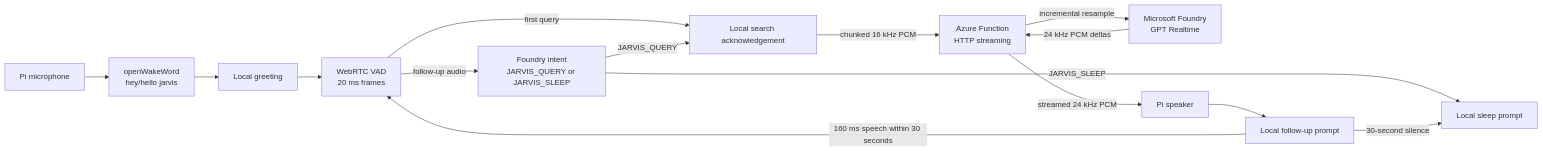
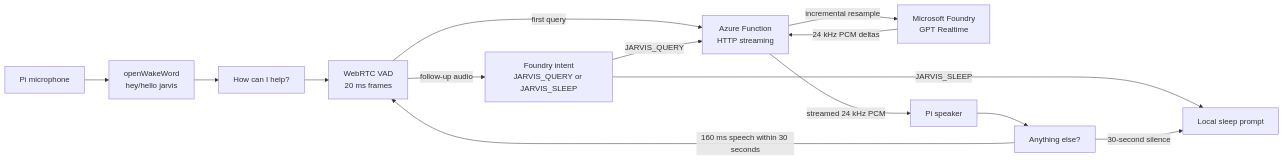
The diagram in _src/docs/architecture.md (khanasif1/jarvis-home-automation), drawn with Mermaid before and after one commit. The commit also changed other lines of this file and 16 other files, not shown here.

````diff
--- a/_src/docs/architecture.md
+++ b/_src/docs/architecture.md
@@ -5,17 +5,16 @@
 ```mermaid
 flowchart LR
     Mic[Pi microphone] --> Wake[openWakeWord<br/>hey/hello jarvis]
-    Wake --> Greet[Local greeting]
+    Wake --> Greet[How can I help?]
     Greet --> VAD[WebRTC VAD<br/>20 ms frames]
-    VAD -->|first query| Search[Local search acknowledgement]
+    VAD -->|first query| Fn[Azure Function<br/>HTTP streaming]
     VAD -->|follow-up audio| Intent[Foundry intent<br/>JARVIS_QUERY or JARVIS_SLEEP]
-    Intent -->|JARVIS_QUERY| Search
-    Search -->|chunked 16 kHz PCM| Fn[Azure Function<br/>HTTP streaming]
+    Intent -->|JARVIS_QUERY| Fn
     Fn -->|incremental resample| RT[Microsoft Foundry<br/>GPT Realtime]
     RT -->|24 kHz PCM deltas| Fn
     Fn -->|streamed 24 kHz PCM| Speaker[Pi speaker]
-    Speaker --> Follow[Local follow-up prompt]
+    Speaker --> Follow[Anything else?]
     Follow -->|160 ms speech within 30 seconds| VAD
     Intent -->|JARVIS_SLEEP| Sleep[Local sleep prompt]
     Follow -->|30-second silence| Sleep
 ```
````
